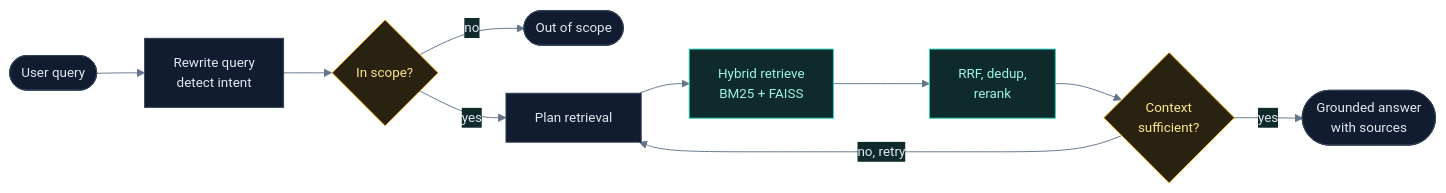
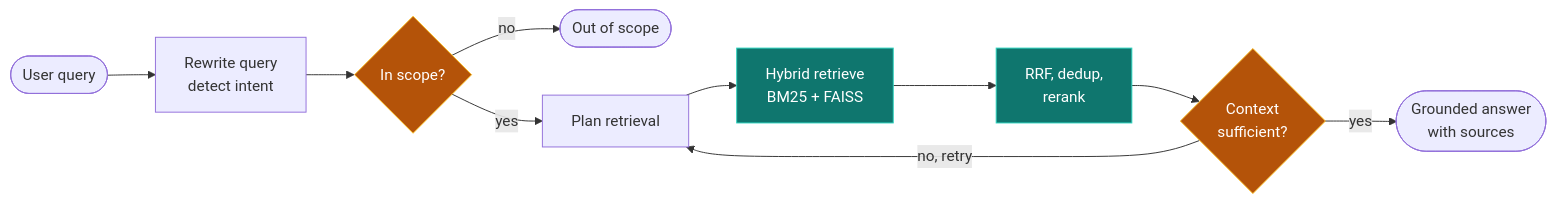
One commit to narendranath0077/narendranath0077 changed the first of 2 diagrams in README.md. Above: the diagram before and after it, drawn with Mermaid. The commit also changed other lines of this file, not shown here.

````diff
--- a/README.md
+++ b/README.md
@@ -93,18 +437,17 @@
 ```mermaid
-%%{init: {'theme':'base','themeVariables':{'background':'#0d1117','primaryColor':'#111c30','primaryBorderColor':'#334155','primaryTextColor':'#e2e8f0','lineColor':'#64748b','secondaryColor':'#0f2a2a','tertiaryColor':'#0d1117','fontFamily':'ui-monospace, SFMono-Regular, Menlo, monospace','fontSize':'14px'}}}%%
 flowchart LR
     Q([User query]) --> R[Rewrite query<br/>detect intent]
     R --> S{In scope?}
-    S -- no --> X([Out of scope])
-    S -- yes --> P[Plan retrieval]
+    S -->|no| X([Out of scope])
+    S -->|yes| P[Plan retrieval]
     P --> H[Hybrid retrieve<br/>BM25 + FAISS]
     H --> F[RRF, dedup,<br/>rerank]
     F --> E{Context<br/>sufficient?}
-    E -- no, retry --> P
-    E -- yes --> A([Grounded answer<br/>with sources])
+    E -->|no, retry| P
+    E -->|yes| A([Grounded answer<br/>with sources])
 
-    classDef core fill:#0f2a2a,stroke:#2dd4bf,color:#99f6e4
-    classDef gate fill:#2a2210,stroke:#fbbf24,color:#fde68a
+    classDef core fill:#0f766e,stroke:#2dd4bf,color:#ffffff
+    classDef gate fill:#b45309,stroke:#fbbf24,color:#ffffff
     class H,F core
     class S,E gate
 ```
````
